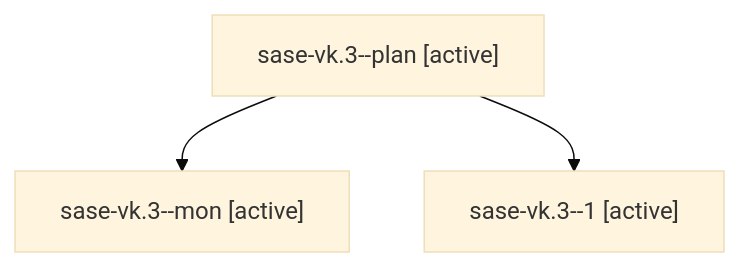
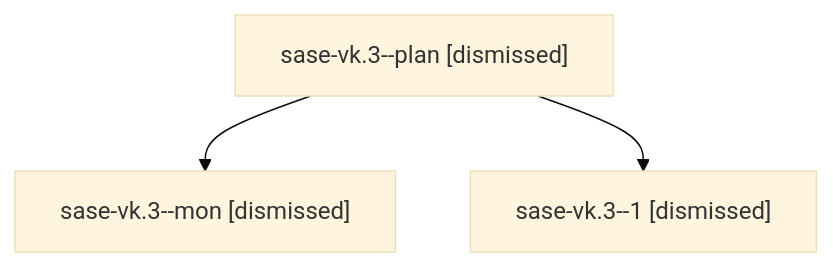
The diagram in sessions/bbugyi200.athena.sase-vk.3.md (sase-org/sase--agents), drawn with Mermaid (base theme) before and after one commit. The commit also changed other lines of this file and 79 other files, not shown here.

````diff
--- a/sessions/bbugyi200.athena.sase-vk.3.md
+++ b/sessions/bbugyi200.athena.sase-vk.3.md
@@ -9,8 +9,8 @@
 ```mermaid
 flowchart TD
-  n0["sase-vk.3--plan [active]"]
-  n1["sase-vk.3--mon [active]"]
+  n0["sase-vk.3--plan [dismissed]"]
+  n1["sase-vk.3--mon [dismissed]"]
   n0 --> n1
-  n2["sase-vk.3--1 [active]"]
+  n2["sase-vk.3--1 [dismissed]"]
   n0 --> n2
 ```
````
